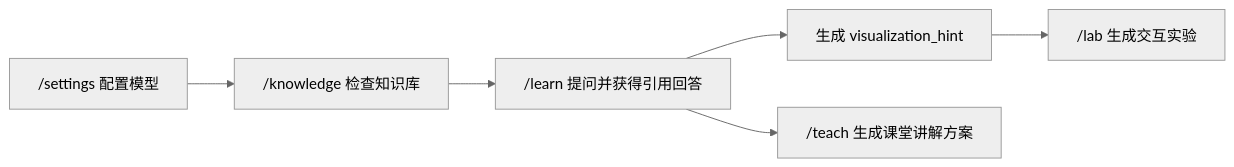
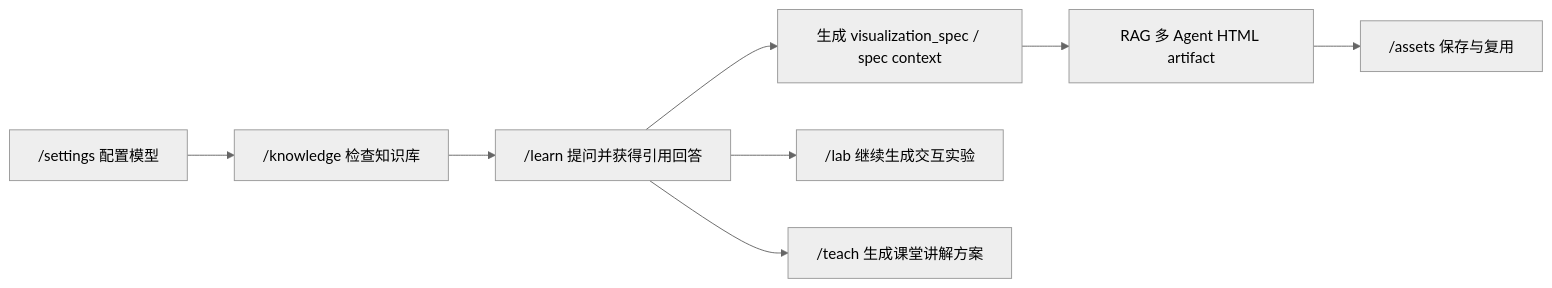
The first of 2 diagrams in README.md (hanx-777/STEMotion), drawn with Mermaid (neutral theme) before and after one commit. The commit also changed other lines of this file and 317 other files, not shown here.

Commit message:
fix(rag): 002B lightweight multi-agent pipeline optimizations and reviewer prompt fixes

````diff
--- a/README.md
+++ b/README.md
@@ -94,8 +95,10 @@
 ```mermaid
 flowchart LR
   A["/settings 配置模型"] --> B["/knowledge 检查知识库"]
   B --> C["/learn 提问并获得引用回答"]
-  C --> D["生成 visualization_hint"]
-  D --> E["/lab 生成交互实验"]
+  C --> D["生成 visualization_spec / spec context"]
+  D --> E["RAG 多 Agent HTML artifact"]
+  E --> G["/assets 保存与复用"]
+  C --> H["/lab 继续生成交互实验"]
   C --> F["/teach 生成课堂讲解方案"]
 ```
````
